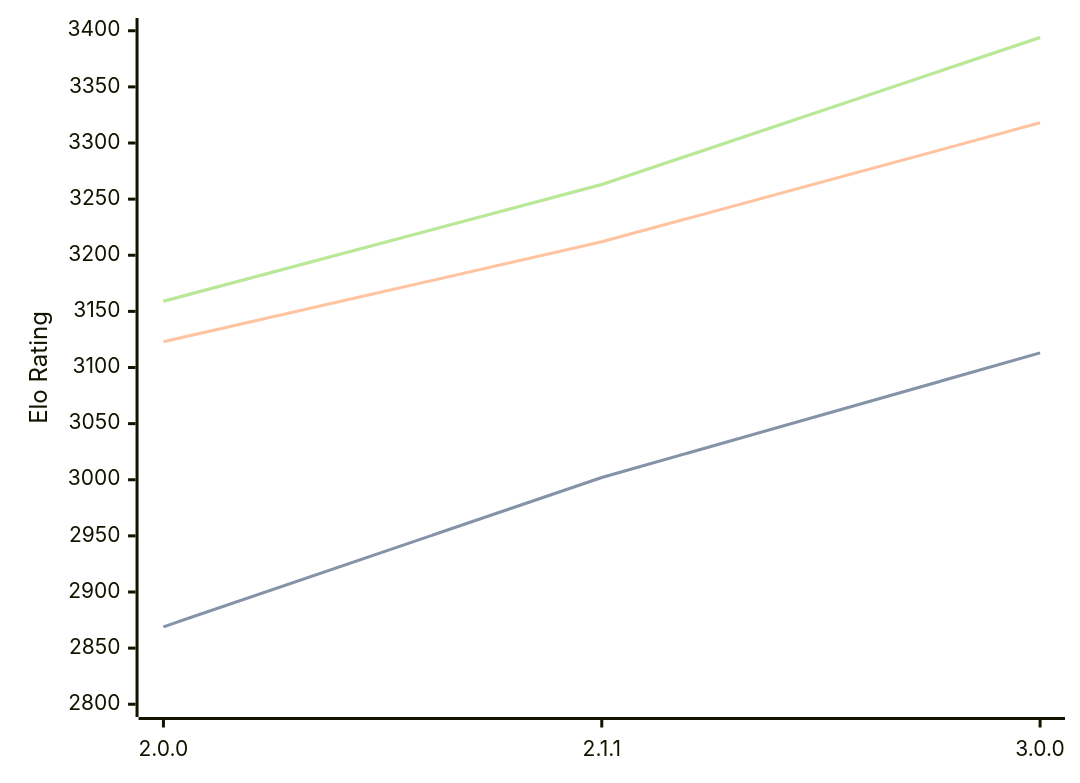
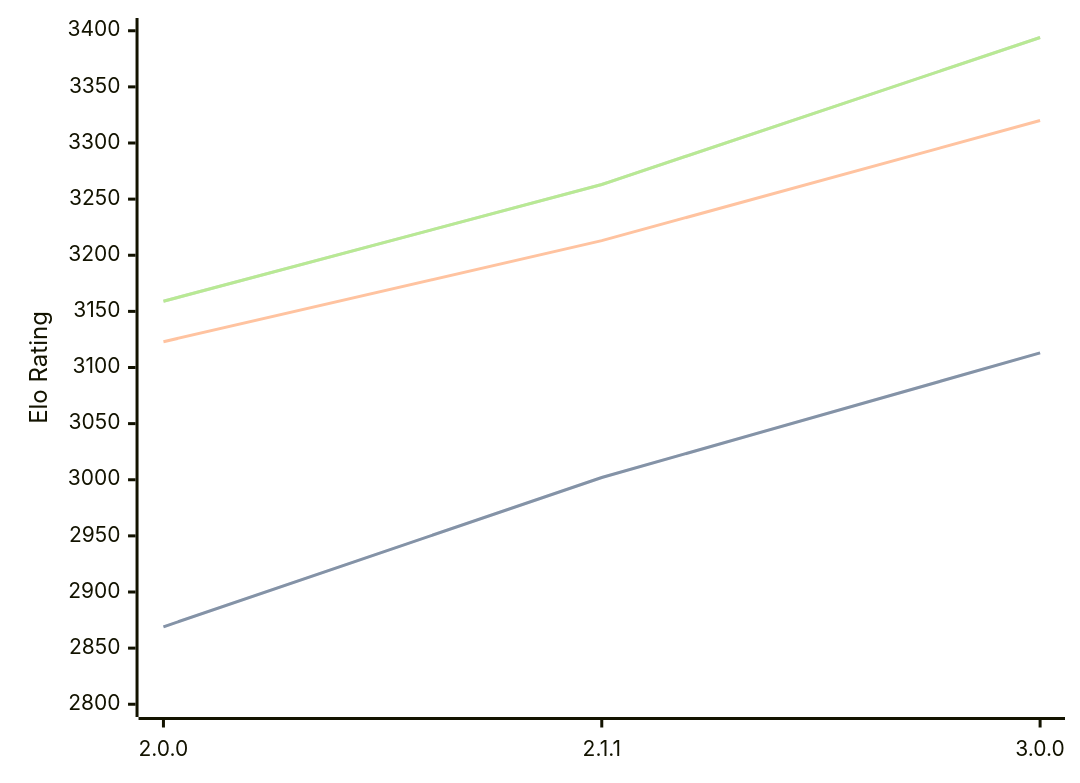
The diagram in engines/Bread.md (computer-chess-index/cci), drawn with Mermaid before and after one commit. The commit also changed other lines of this file, not shown here.

````diff
--- a/engines/Bread.md
+++ b/engines/Bread.md
@@ -36,11 +36,11 @@
 ```mermaid
 %%{init: {"theme":"base","themeVariables":{"seriesColors:['#a3a3a3','#222221','#faa371']}}}%%
 xychart-beta
   x-axis ["2.0.0", "2.1.1", "3.0.0"]
   y-axis "Elo Rating" 2800 --> 3400
   line "" [2869, 3002, 3113]
   line "STC (8.0+0.08s)" [2869, 3002, 3113]
-  line "LTC (60.0+0.60s)" [3123, 3212, 3318]
+  line "LTC (60.0+0.60s)" [3123, 3213, 3320]
   line "" [3159, 3263, 3394]
   line "VLTC (2m24s+1.12s)" [3159, 3263, 3394]
 ```
````
